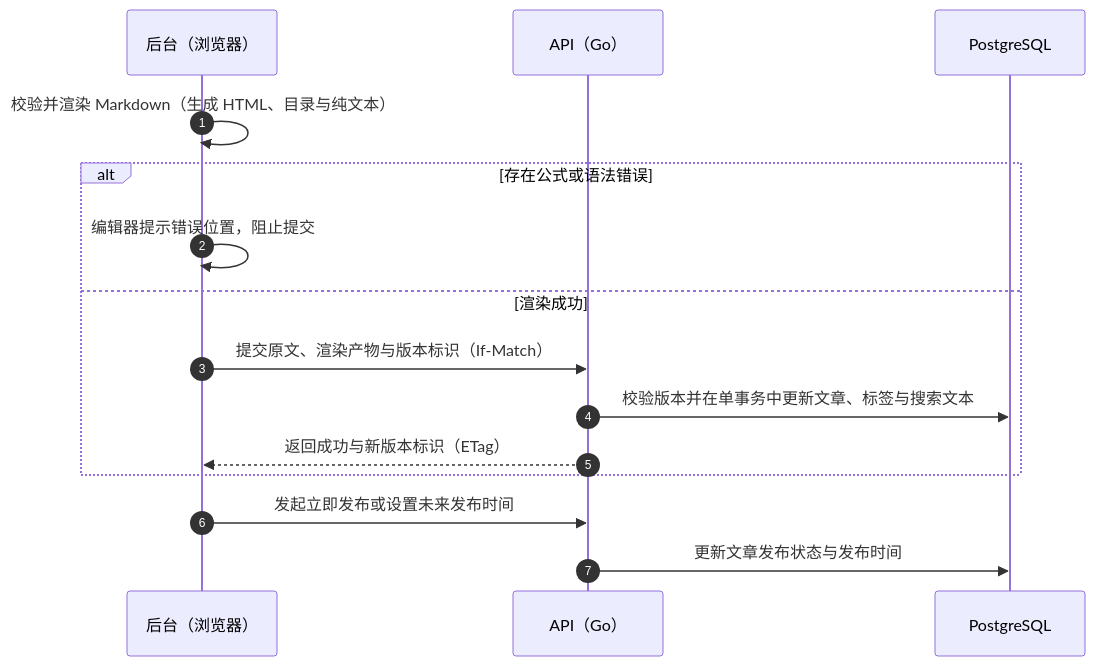
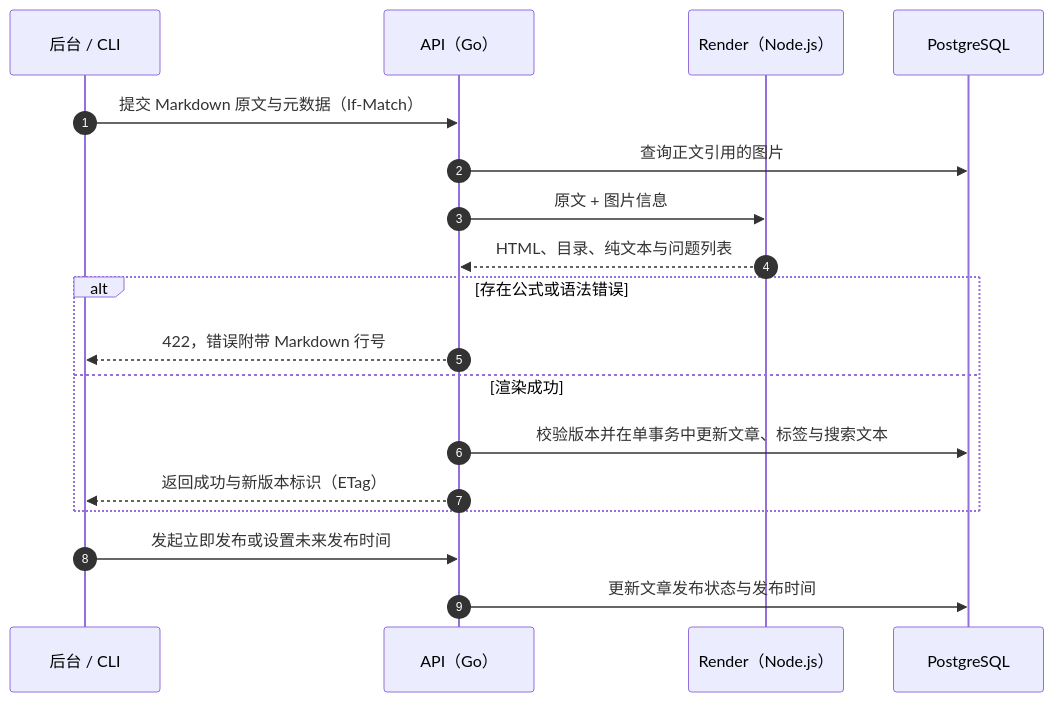
The second of 3 diagrams in docs/architecture-design.md (FaulknerWu/blog), drawn with Mermaid before and after one commit. The commit also changed other lines of this file and 2 other files, not shown here.

Commit message:
docs: document server-side rendering, API tokens and the CLI

````diff
--- a/docs/architecture-design.md
+++ b/docs/architecture-design.md
@@ -101,17 +110,20 @@
 ```mermaid
 sequenceDiagram
     autonumber
-    participant B as 后台（浏览器）
+    participant B as 后台 / CLI
     participant A as API（Go）
+    participant R as Render（Node.js）
     participant D as PostgreSQL
-    B->>B: 校验并渲染 Markdown（生成 HTML、目录与纯文本）
+    B->>A: 提交 Markdown 原文与元数据（If-Match）
+    A->>D: 查询正文引用的图片
+    A->>R: 原文 + 图片信息
+    R-->>A: HTML、目录、纯文本与问题列表
     alt 存在公式或语法错误
-        B->>B: 编辑器提示错误位置，阻止提交
+        A-->>B: 422，错误附带 Markdown 行号
     else 渲染成功
-        B->>A: 提交原文、渲染产物与版本标识（If-Match）
         A->>D: 校验版本并在单事务中更新文章、标签与搜索文本
         A-->>B: 返回成功与新版本标识（ETag）
     end
     B->>A: 发起立即发布或设置未来发布时间
     A->>D: 更新文章发布状态与发布时间
 ```
````
